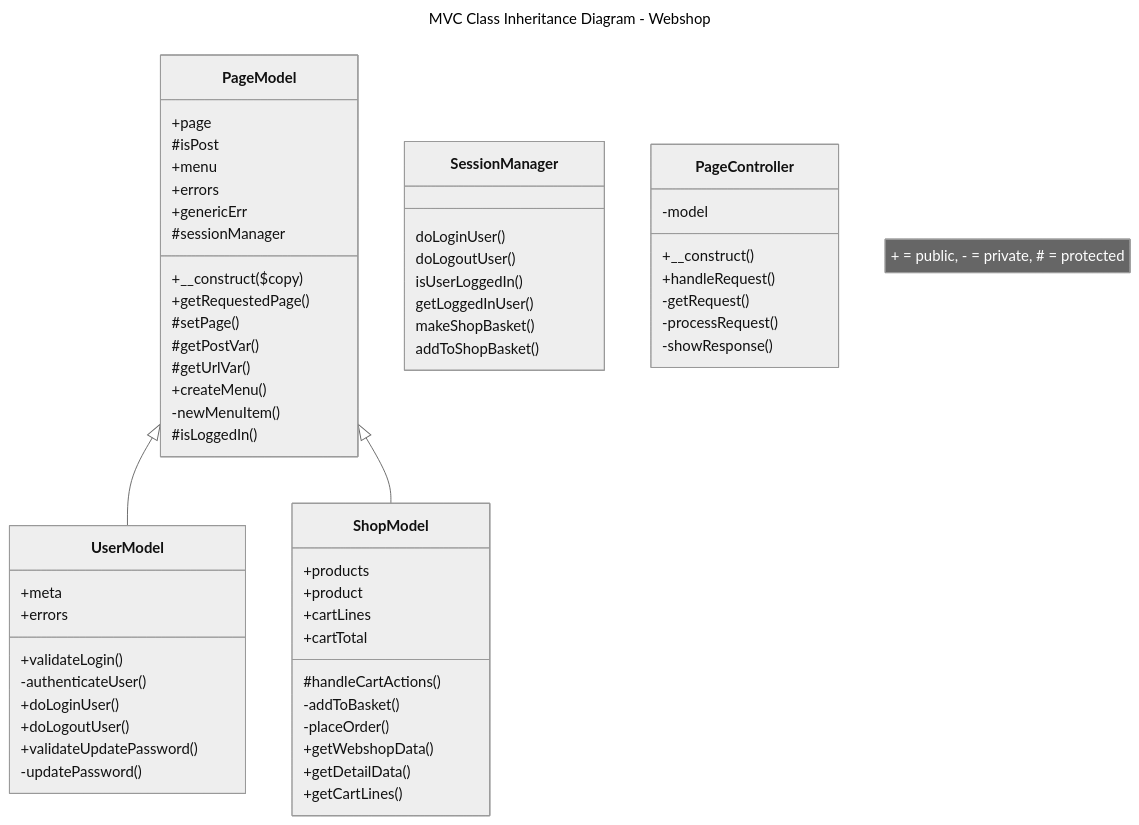
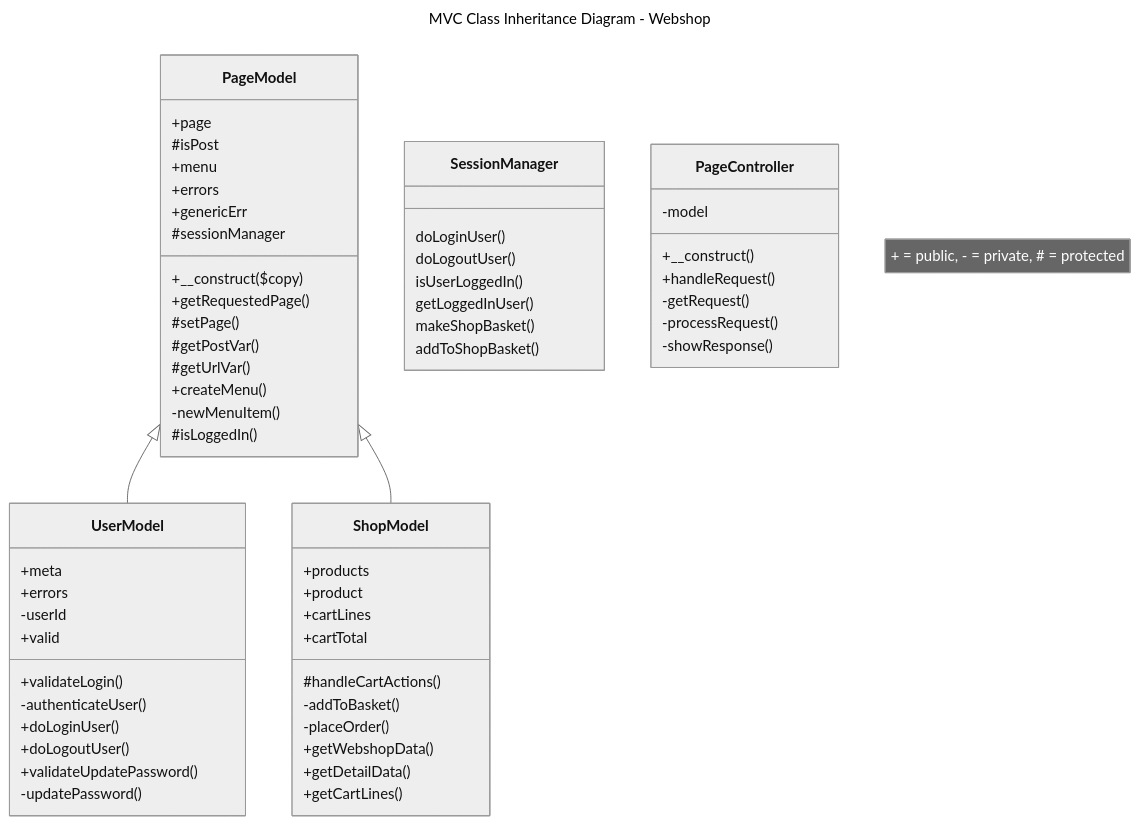
One commit to JeroenHeemskerk/educom-webshop-oop-1708595373 changed the diagram in Diagrams/MVC diagrams.md. Above: the diagram before and after it, drawn with Mermaid (neutral theme).

Commit message:
Update MVC diagrams.md

````diff
--- a/Diagrams/MVC diagrams.md
+++ b/Diagrams/MVC diagrams.md
@@ -1,71 +1,73 @@
 ```mermaid
 ---
 title: MVC Class Inheritance Diagram - Webshop
 ---
 classDiagram
     note "+ = public, - = private, # = protected"
     %% A <|-- B means that class B inherits from class A %%
     PageModel <|-- UserModel
     PageModel <|-- ShopModel
 
     class SessionManager{
         doLoginUser()
         doLogoutUser()
         isUserLoggedIn()
         getLoggedInUser()
         makeShopBasket()
         addToShopBasket()
     }
 
     class PageController{
       -model
       +__construct()
       +handleRequest()
       -getRequest()
       -processRequest()
       -showResponse()
     }
 
     class PageModel{
       +page
       #isPost
       +menu
       +errors
       +genericErr
       #sessionManager
       +__construct($copy)
       +getRequestedPage()
       #setPage()
       #getPostVar()
       #getUrlVar()
       +createMenu()
       -newMenuItem()
       #isLoggedIn()
     }
 
     class UserModel{
     +meta
     +errors
+    -userId
+    +valid
     +validateLogin()
     -authenticateUser()
     +doLoginUser()
     +doLogoutUser()
     +validateUpdatePassword()
     -updatePassword()
     }
 
     class ShopModel{
     +products
     +product
     +cartLines
     +cartTotal
     #handleCartActions()
     -addToBasket()
     -placeOrder()
     +getWebshopData()
     +getDetailData()
     +getCartLines()
     }
 
 
 ```
````
